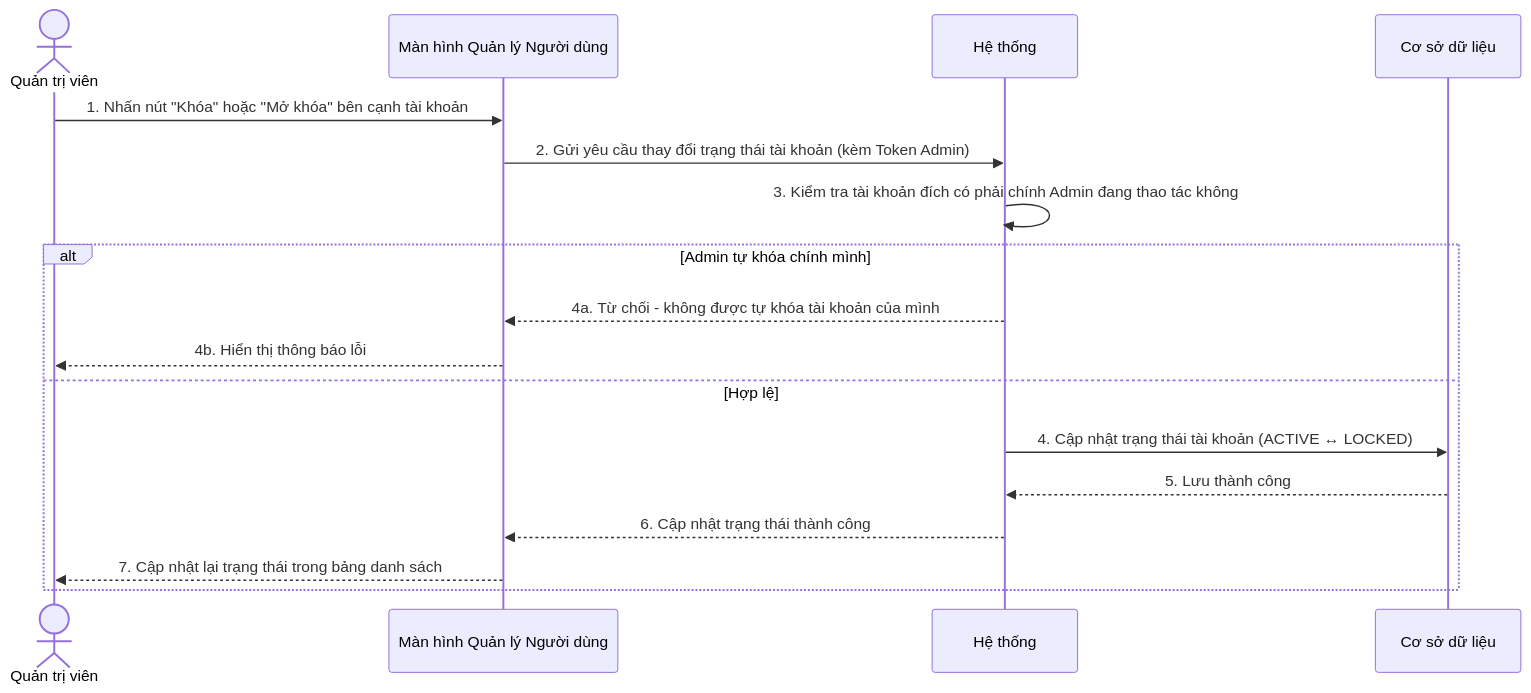
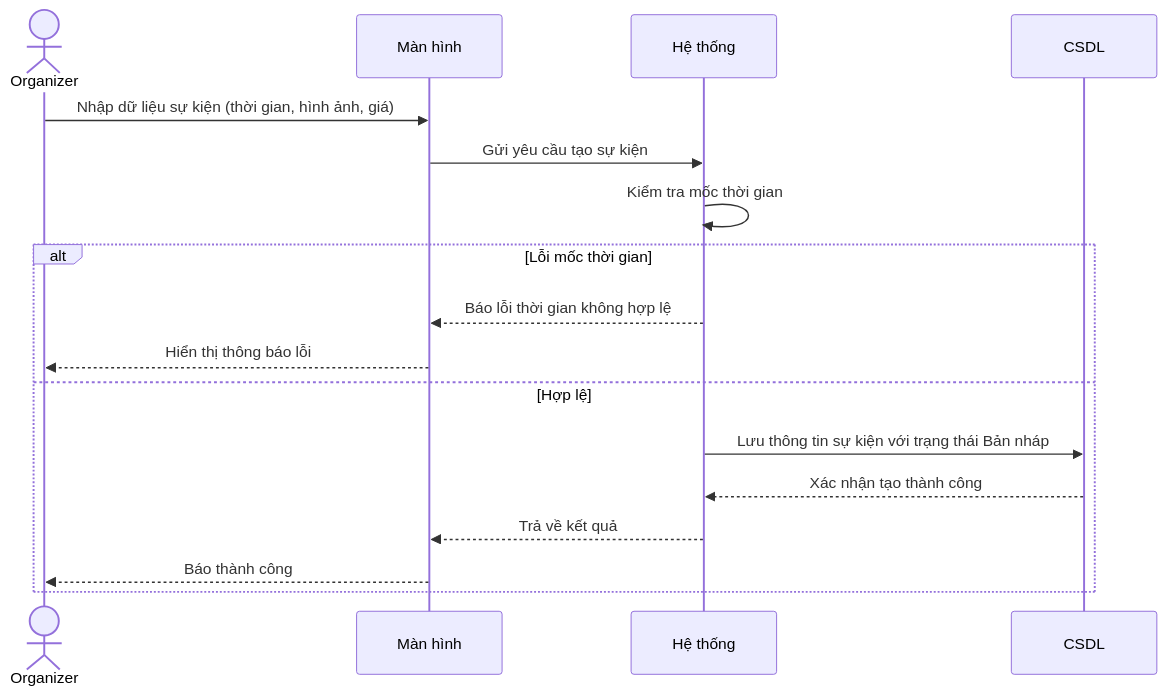
One commit to ChuDucAnh21/BE-quan-ly-su-kien changed the first of 6 diagrams in doc/system_analysis/sequence diagram/05b_sequence_admin_event_staff.md. Above: the diagram before and after it, drawn with Mermaid. The commit also changed other lines of this file and 14 other files, not shown here.

````diff
--- a/doc/system_analysis/sequence diagram/05b_sequence_admin_event_staff.md
+++ b/doc/system_analysis/sequence diagram/05b_sequence_admin_event_staff.md
@@ -35,20 +7,20 @@
 ```mermaid
 sequenceDiagram
-    actor Admin as Quản trị viên
-    participant UI as Màn hình Quản lý Người dùng
-    participant HT as Hệ thống
-    participant DB as Cơ sở dữ liệu
+    actor Organizer
+    participant Màn hình
+    participant Hệ thống
+    participant CSDL
 
-    Admin->>UI: 1. Nhấn nút "Khóa" hoặc "Mở khóa" bên cạnh tài khoản
-    UI->>HT: 2. Gửi yêu cầu thay đổi trạng thái tài khoản (kèm Token Admin)
-    HT->>HT: 3. Kiểm tra tài khoản đích có phải chính Admin đang thao tác không
-    alt Admin tự khóa chính mình
-        HT-->>UI: 4a. Từ chối - không được tự khóa tài khoản của mình
-        UI-->>Admin: 4b. Hiển thị thông báo lỗi
+    Organizer->>Màn hình: Nhập dữ liệu sự kiện (thời gian, hình ảnh, giá)
+    Màn hình->>Hệ thống: Gửi yêu cầu tạo sự kiện
+    Hệ thống->>Hệ thống: Kiểm tra mốc thời gian
+    alt Lỗi mốc thời gian
+        Hệ thống-->>Màn hình: Báo lỗi thời gian không hợp lệ
+        Màn hình-->>Organizer: Hiển thị thông báo lỗi
     else Hợp lệ
-        HT->>DB: 4. Cập nhật trạng thái tài khoản (ACTIVE ↔ LOCKED)
-        DB-->>HT: 5. Lưu thành công
-        HT-->>UI: 6. Cập nhật trạng thái thành công
-        UI-->>Admin: 7. Cập nhật lại trạng thái trong bảng danh sách
+        Hệ thống->>CSDL: Lưu thông tin sự kiện với trạng thái Bản nháp
+        CSDL-->>Hệ thống: Xác nhận tạo thành công
+        Hệ thống-->>Màn hình: Trả về kết quả
+        Màn hình-->>Organizer: Báo thành công
     end
 ```
````
